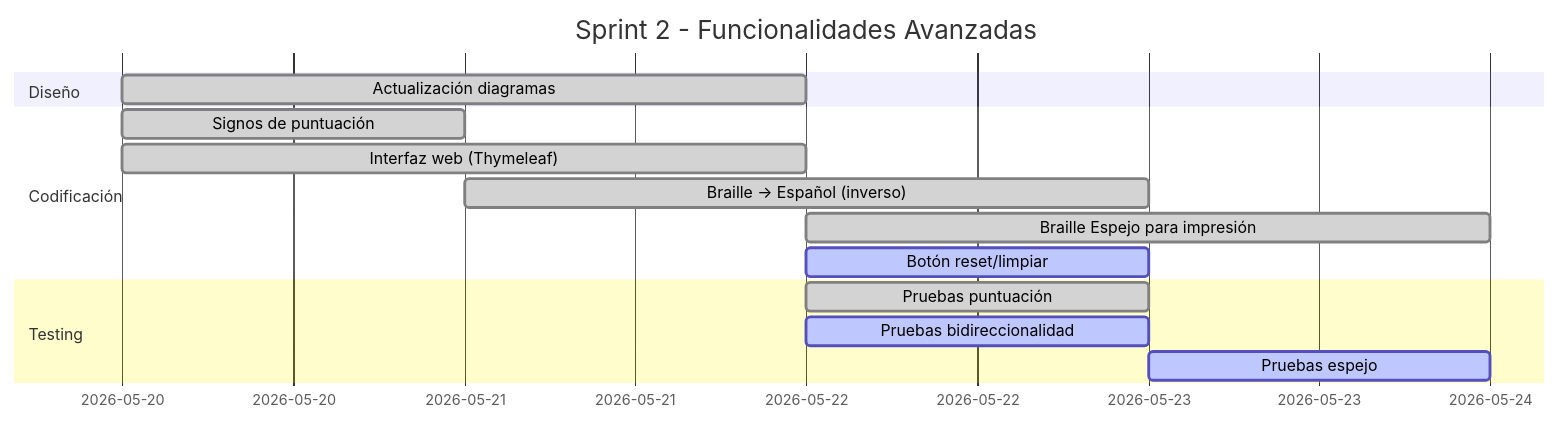
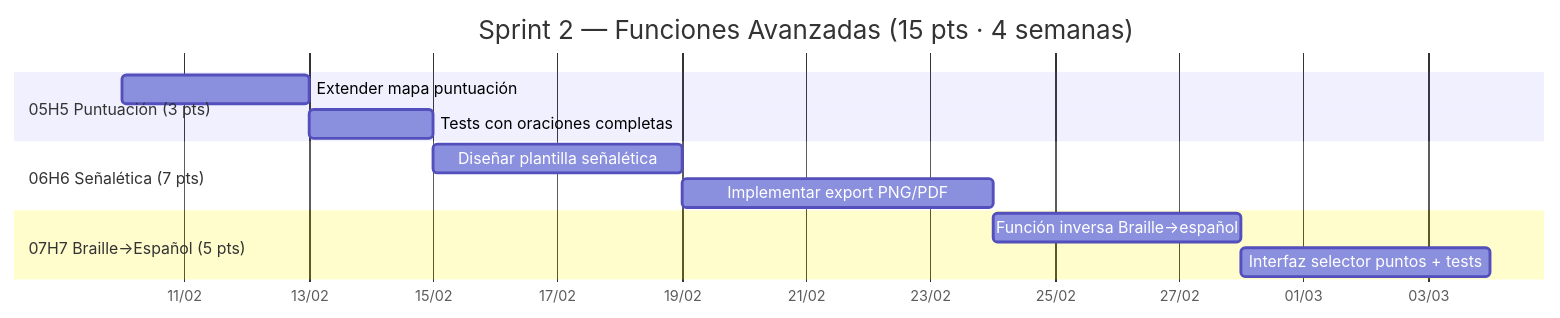
One commit to MRGonorrea79/Proyecto-Agile changed the second of 2 diagrams in docs/design/roadmap-alfabeto-braille.md. Above: the diagram before and after it, drawn with Mermaid. The commit also changed other lines of this file, not shown here.

First line of the commit message:
Revise roadmap for Spanish Braille Application

````diff
--- a/docs/design/roadmap-alfabeto-braille.md
+++ b/docs/design/roadmap-alfabeto-braille.md
@@ -195,17 +226,18 @@
 ```mermaid
 gantt
-    title Sprint 2 - Funcionalidades Avanzadas
+    title Sprint 2 — Funciones Avanzadas (15 pts · 4 semanas)
     dateFormat  YYYY-MM-DD
-    section Diseño
-    Actualización diagramas            :done, d4, 2026-05-20, 2d
-    section Codificación
-    Signos de puntuación               :done, c6, 2026-05-20, 1d
-    Interfaz web (Thymeleaf)           :done, c7, 2026-05-20, 2d
-    Braille → Español (inverso)        :done, c8, 2026-05-21, 2d
-    Braille Espejo para impresión      :done, c9, 2026-05-22, 2d
-    Botón reset/limpiar                :active, c10, 2026-05-22, 1d
-    section Testing
-    Pruebas puntuación                 :done, t3, 2026-05-22, 1d
-    Pruebas bidireccionalidad          :active, t4, 2026-05-22, 1d
-    Pruebas espejo                     :active, t5, 2026-05-23, 1d
+    axisFormat  %d/%m
+    
+    section 05H5 Puntuación (3 pts)
+    Extender mapa puntuación         :s2h5a, 2026-02-10, 3d
+    Tests con oraciones completas    :s2h5b, after s2h5a, 2d
+    
+    section 06H6 Señalética (7 pts)
+    Diseñar plantilla señalética     :s2h6a, after s2h5b, 4d
+    Implementar export PNG/PDF       :s2h6b, after s2h6a, 5d
+    
+    section 07H7 Braille→Español (5 pts)
+    Función inversa Braille→español  :s2h7a, after s2h6b, 4d
+    Interfaz selector puntos + tests :s2h7b, after s2h7a, 4d
 ```
````
